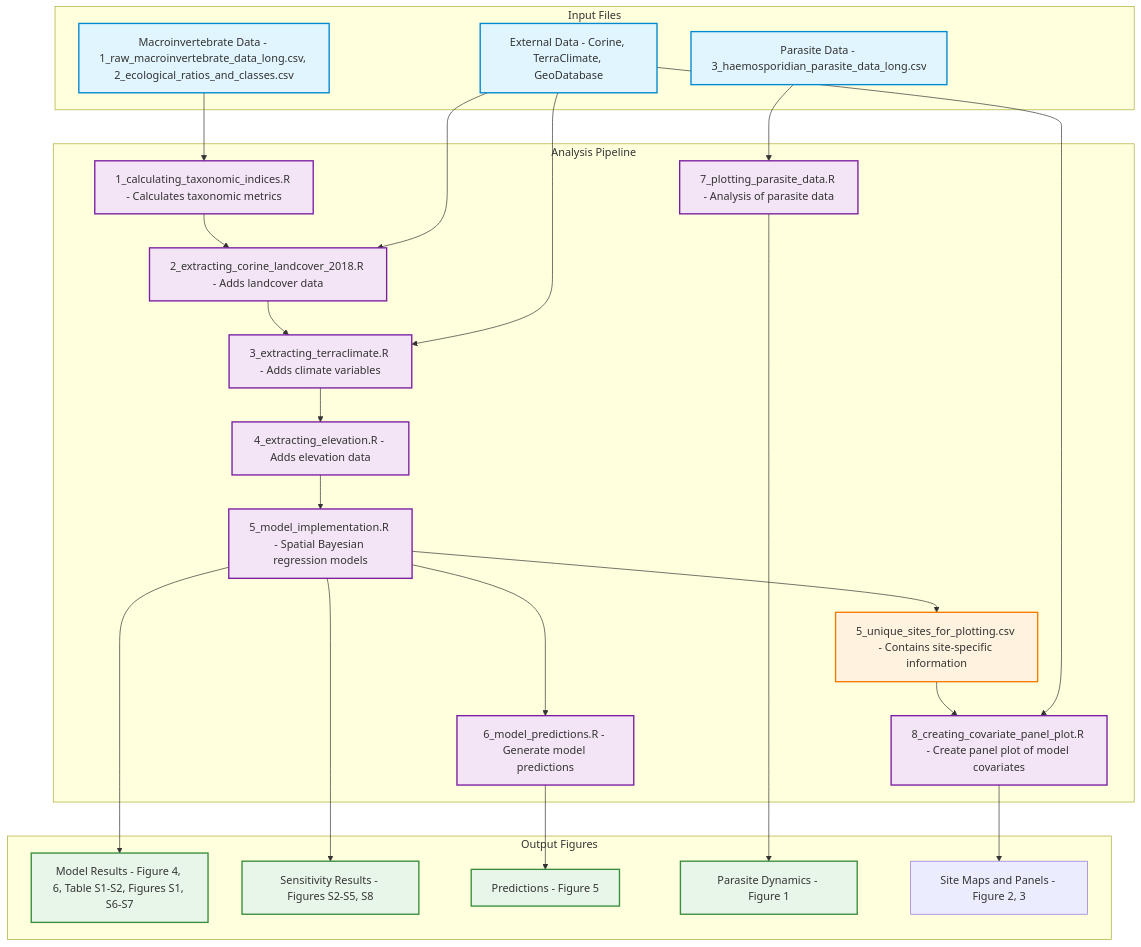
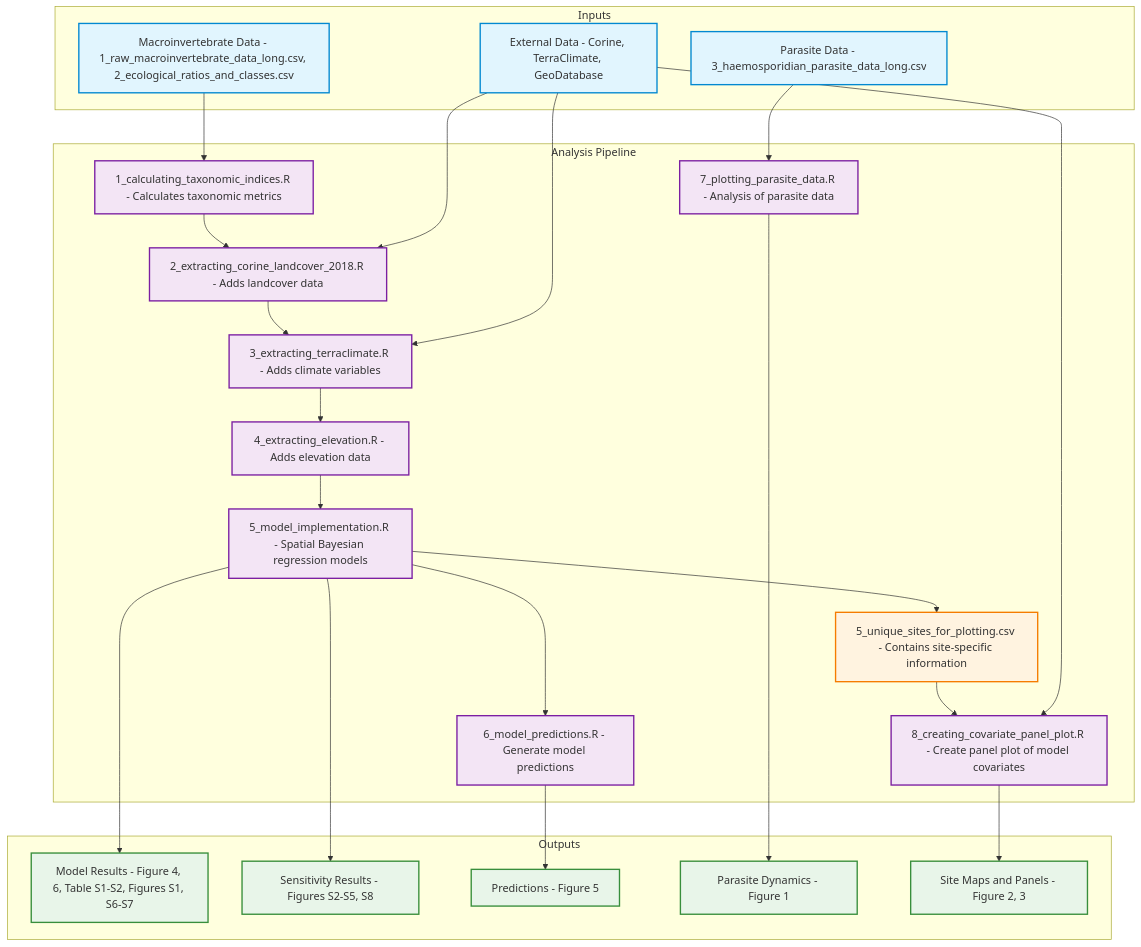
The diagram in README.md (HeeeyNathan/Predicting_vector_abundance_in_Lithuania), drawn with Mermaid before and after one commit.

Commit message:
more tinkering

````diff
--- a/README.md
+++ b/README.md
@@ -151,42 +151,42 @@
 ```mermaid
 graph TD
-    subgraph Input Files
+    subgraph Inputs
         R[Macroinvertebrate Data - 1_raw_macroinvertebrate_data_long.csv, 2_ecological_ratios_and_classes.csv]
         P[Parasite Data - 3_haemosporidian_parasite_data_long.csv]
         E[External Data - Corine, TerraClimate, GeoDatabase]
     end
     
     subgraph Analysis Pipeline
         R --> S1[1_calculating_taxonomic_indices.R - Calculates taxonomic metrics]
         S1 --> S2[2_extracting_corine_landcover_2018.R - Adds landcover data]
         E --> S2
         S2 --> S3[3_extracting_terraclimate.R - Adds climate variables]
         E --> S3
         S3 --> S4[4_extracting_elevation.R - Adds elevation data]
         S4 --> S5[5_model_implementation.R - Spatial Bayesian regression models]
         S5 --> S6[6_model_predictions.R - Generate model predictions]
         S5 --> Sites[5_unique_sites_for_plotting.csv - Contains site-specific information]
         Sites --> S8[8_creating_covariate_panel_plot.R - Create panel plot of model covariates]
         E --> S8
         P --> S7[7_plotting_parasite_data.R - Analysis of parasite data]
     end
     
-    subgraph Output Figures
+    subgraph Outputs
         S5 --> O1[Model Results - Figure 4, 6, Table S1-S2, Figures S1, S6-S7]
         S5 --> O2[Sensitivity Results - Figures S2-S5, S8]
         S6 --> O3[Predictions - Figure 5]
         S7 --> O4[Parasite Dynamics - Figure 1]
         S8 --> O5[Site Maps and Panels - Figure 2, 3]
     end
     
     %% Styling
     classDef input fill:#e1f5fe,stroke:#0288d1,stroke-width:2px;
     classDef script fill:#f3e5f5,stroke:#7b1fa2,stroke-width:2px;
     classDef output fill:#e8f5e9,stroke:#388e3c,stroke-width:2px;
     classDef intermediate fill:#fff3e0,stroke:#f57c00,stroke-width:2px;
     
     class R,P,E input;
     class S1,S2,S3,S4,S5,S6,S7,S8 script;
-    class O1,O2,O3,O4 output;
+    class O1,O2,O3,O4,O5 output;
     class Sites intermediate;
 ```
````
